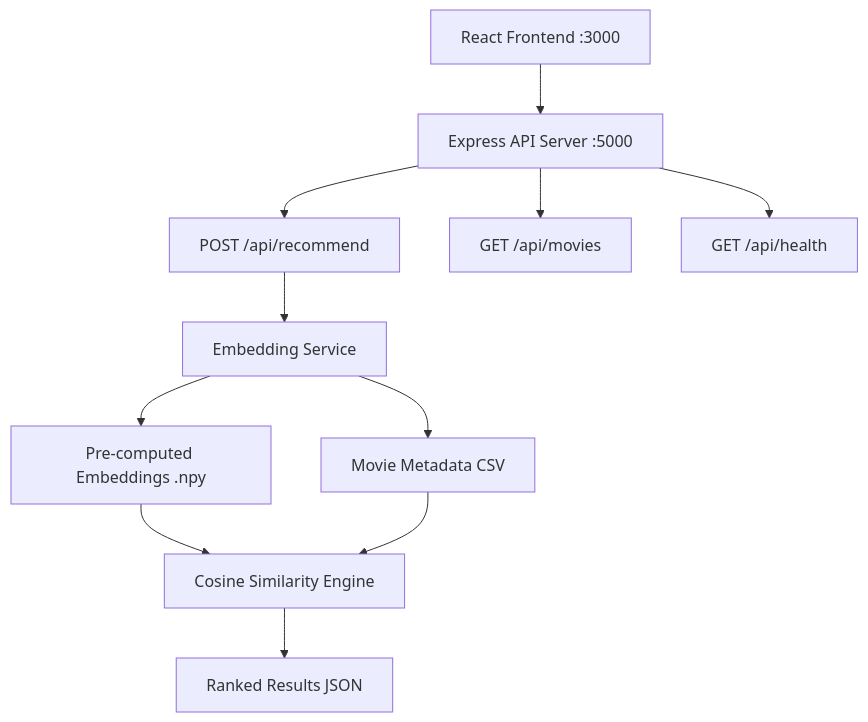
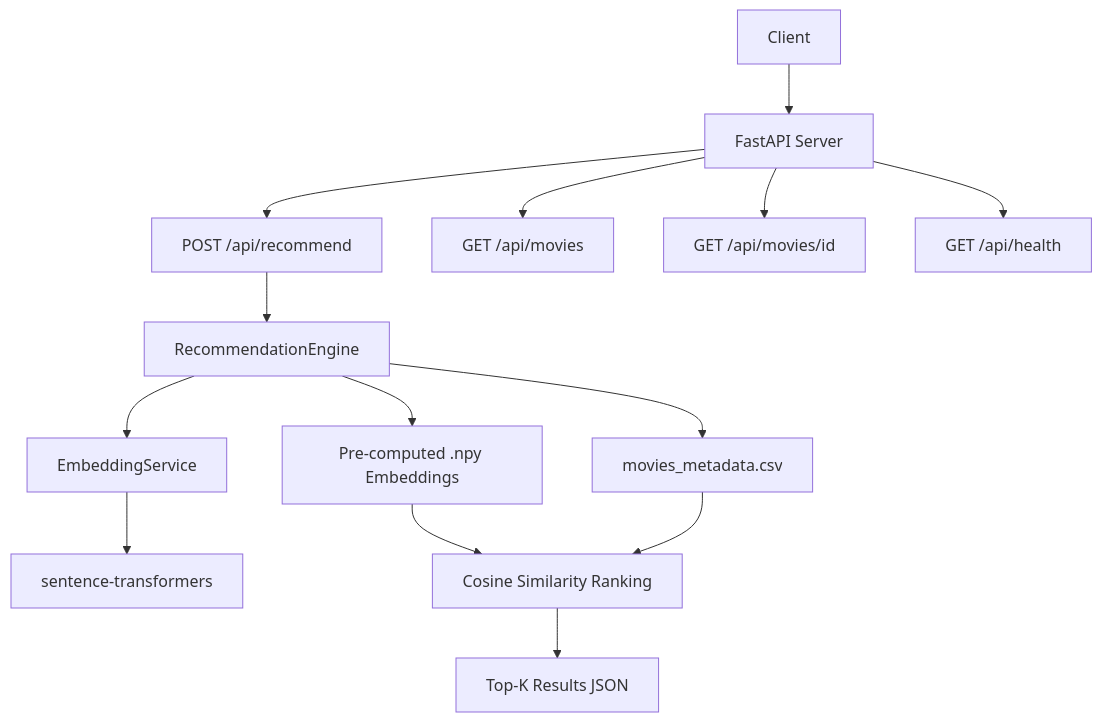
One commit to umeshpandeysh/Semantic-Movie-Recommendation changed the third of 3 diagrams in README.md. Above: the diagram before and after it, drawn with Mermaid. The commit also changed other lines of this file, not shown here.

First line of the commit message:
docs: align README with actual FastAPI/Python backend

````diff
--- a/README.md
+++ b/README.md
@@ -130,12 +129,15 @@
 ```mermaid
 graph TD
-    A[React Frontend :3000] --> B[Express API Server :5000]
+    A[Client] --> B[FastAPI Server]
     B --> C[POST /api/recommend]
     B --> D[GET /api/movies]
-    B --> E[GET /api/health]
-    C --> F[Embedding Service]
-    F --> G[Pre-computed Embeddings .npy]
-    F --> H[Movie Metadata CSV]
-    G & H --> I[Cosine Similarity Engine]
-    I --> J[Ranked Results JSON]
+    B --> E[GET /api/movies/id]
+    B --> F[GET /api/health]
+    C --> G[RecommendationEngine]
+    G --> H[EmbeddingService]
+    H --> I[sentence-transformers]
+    G --> J[Pre-computed .npy Embeddings]
+    G --> K[movies_metadata.csv]
+    J & K --> L[Cosine Similarity Ranking]
+    L --> M[Top-K Results JSON]
 ```
````
